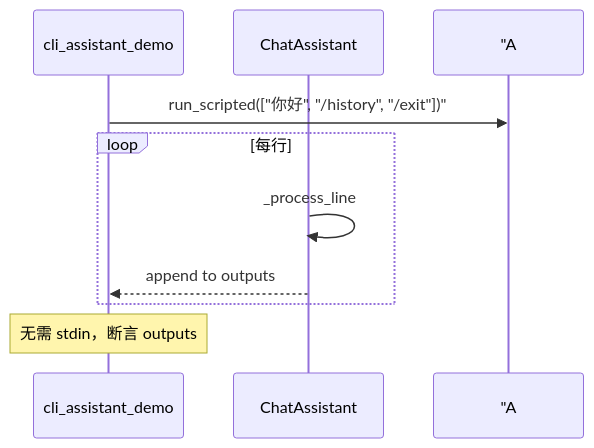
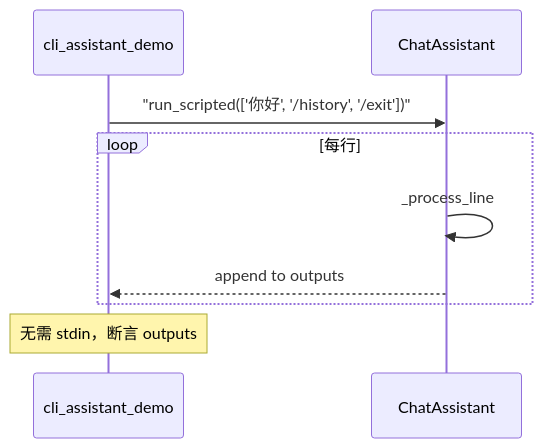
The fourth of 6 diagrams in course/day14/04_流程图与示意图.md (ab6539763/70_days_course_plus), drawn with Mermaid before and after one commit. The commit also changed 80 other files, not shown here.

First line of the commit message:
fix(course): 修复 Mermaid 图表渲染报错 + 同步嵌入代码快照

````diff
--- a/course/day14/04_流程图与示意图.md
+++ b/course/day14/04_流程图与示意图.md
@@ -72,11 +72,11 @@
 ```mermaid
 sequenceDiagram
     participant CI as cli_assistant_demo
     participant A as ChatAssistant
-    CI->> "A: run_scripted(["你好", "/history", "/exit"])"
+    CI->>A: "run_scripted(['你好', '/history', '/exit'])"
     loop 每行
         A->>A: _process_line
         A-->>CI: append to outputs
     end
     Note over CI: 无需 stdin，断言 outputs
 ```
````
